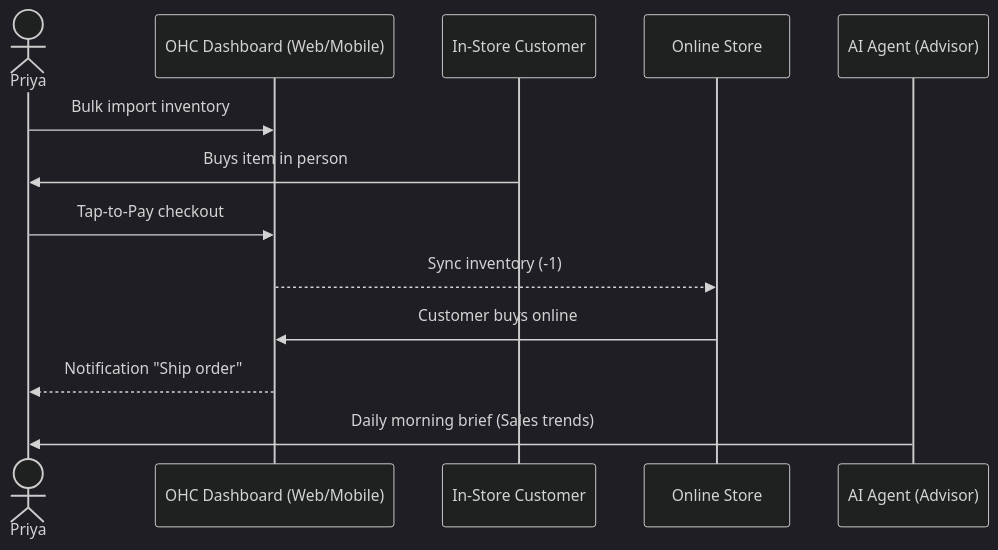
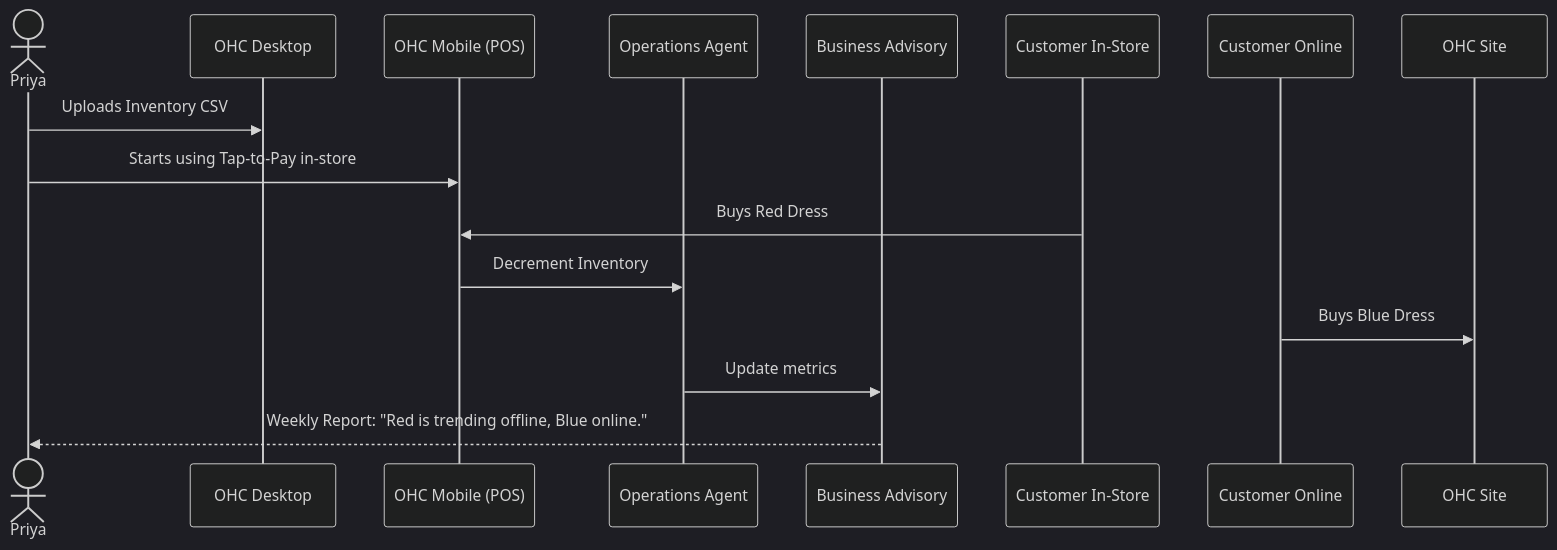
The third of 5 diagrams in docs/architecture/ohc_business_journey_architecture.md (omnisolo-llc/onehumancorp), drawn with Mermaid (dark theme) before and after one commit. The commit also changed other lines of this file, not shown here.

First line of the commit message:
docs(architecture): update ohc_business_journey_architecture.md with detailed research report

````diff
--- a/docs/architecture/ohc_business_journey_architecture.md
+++ b/docs/architecture/ohc_business_journey_architecture.md
@@ -93,16 +97,16 @@
 ```mermaid
 sequenceDiagram
     actor Priya
-    participant OHC Dashboard (Web/Mobile)
-    participant In-Store Customer
-    participant Online Store
-    participant AI Agent (Advisor)
+    participant OHC Desktop
+    participant OHC Mobile (POS)
+    participant Operations Agent
+    participant Business Advisory
 
-    Priya->>OHC Dashboard (Web/Mobile): Bulk import inventory
-    In-Store Customer->>Priya: Buys item in person
-    Priya->>OHC Dashboard (Web/Mobile): Tap-to-Pay checkout
-    OHC Dashboard (Web/Mobile)-->>Online Store: Sync inventory (-1)
-    Online Store->>OHC Dashboard (Web/Mobile): Customer buys online
-    OHC Dashboard (Web/Mobile)-->>Priya: Notification "Ship order"
-    AI Agent (Advisor)->>Priya: Daily morning brief (Sales trends)
+    Priya->>OHC Desktop: Uploads Inventory CSV
+    Priya->>OHC Mobile (POS): Starts using Tap-to-Pay in-store
+    Customer In-Store->>OHC Mobile (POS): Buys Red Dress
+    OHC Mobile (POS)->>Operations Agent: Decrement Inventory
+    Customer Online->>OHC Site: Buys Blue Dress
+    Operations Agent->>Business Advisory: Update metrics
+    Business Advisory-->>Priya: Weekly Report: "Red is trending offline, Blue online."
 ```
````
